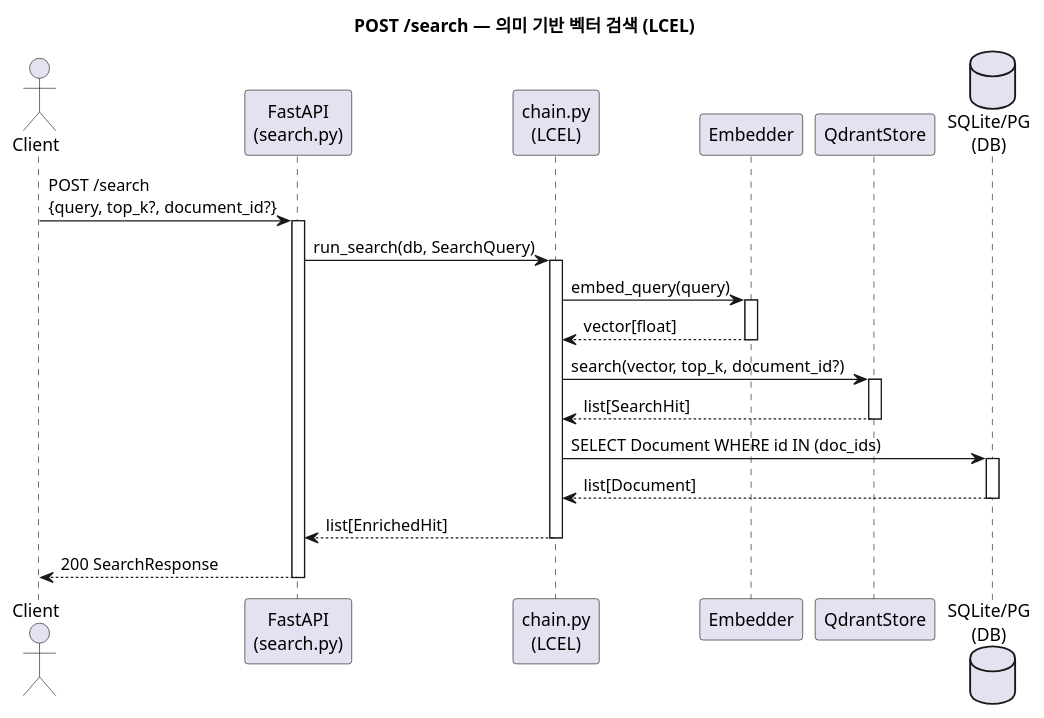
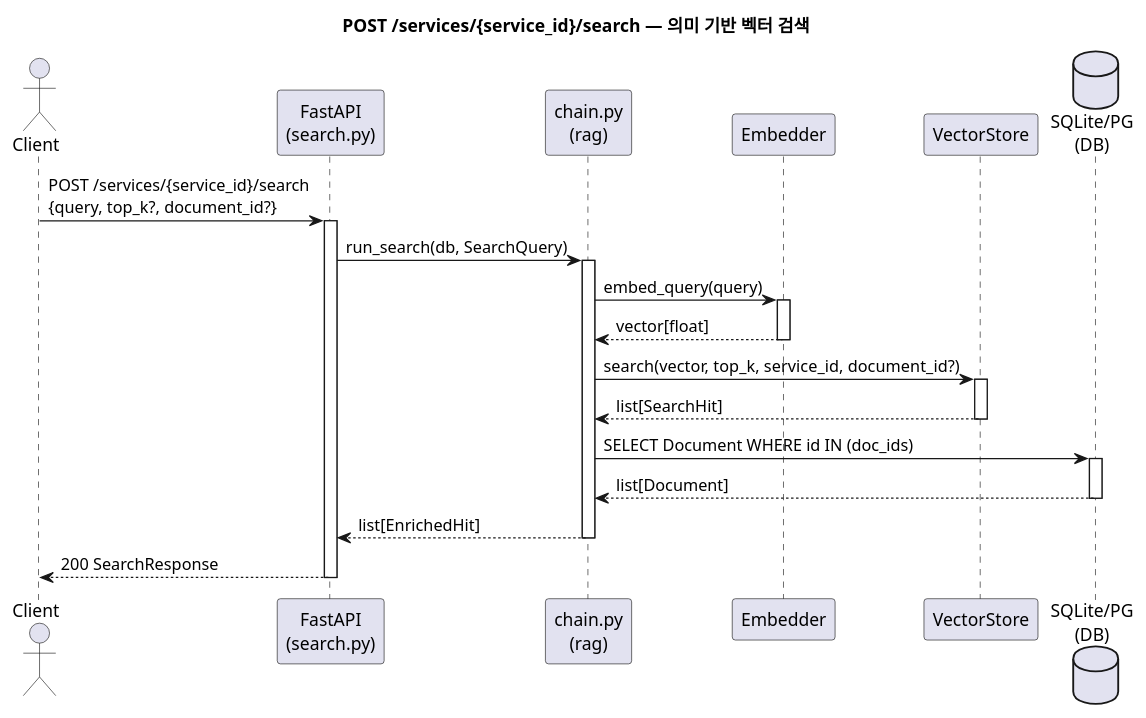
The fourth of 4 diagrams in docs/diagrams/all.puml (sigmoidx0/ragkit), drawn with PlantUML before and after one commit. The commit also changed other lines of this file and 4 other files, not shown here.

Commit message:
docs: update sequence diagram

```diff
--- a/docs/diagrams/all.puml
+++ b/docs/diagrams/all.puml
@@ -184,40 +198,40 @@
 @startuml Search
 
-title POST /search — 의미 기반 벡터 검색 (LCEL)
+title POST /services/{service_id}/search — 의미 기반 벡터 검색
 
 actor Client
 participant "FastAPI\n(search.py)" as API
-participant "chain.py\n(LCEL)" as CHAIN
+participant "chain.py\n(rag)" as CHAIN
 participant "Embedder" as EMB
-participant "QdrantStore" as QD
+participant "VectorStore" as QD
 database "SQLite/PG\n(DB)" as DB
 
-Client -> API : POST /search\n{query, top_k?, document_id?}
+Client -> API : POST /services/{service_id}/search\n{query, top_k?, document_id?}
 activate API
 
 API -> CHAIN : run_search(db, SearchQuery)
 activate CHAIN
 
 CHAIN -> EMB : embed_query(query)
 activate EMB
 EMB --> CHAIN : vector[float]
 deactivate EMB
 
-CHAIN -> QD : search(vector, top_k, document_id?)
+CHAIN -> QD : search(vector, top_k, service_id, document_id?)
 activate QD
 QD --> CHAIN : list[SearchHit]
 deactivate QD
 
 CHAIN -> DB : SELECT Document WHERE id IN (doc_ids)
 activate DB
 DB --> CHAIN : list[Document]
 deactivate DB
 
 CHAIN --> API : list[EnrichedHit]
 deactivate CHAIN
 
 API --> Client : 200 SearchResponse
 
 deactivate API
 
 @enduml
```
